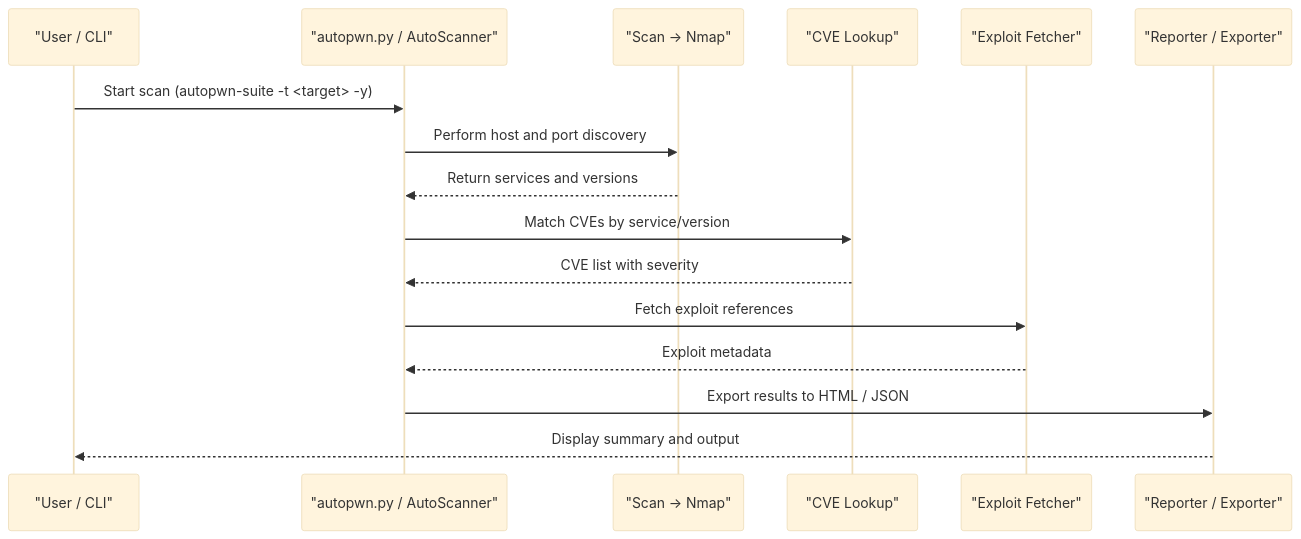
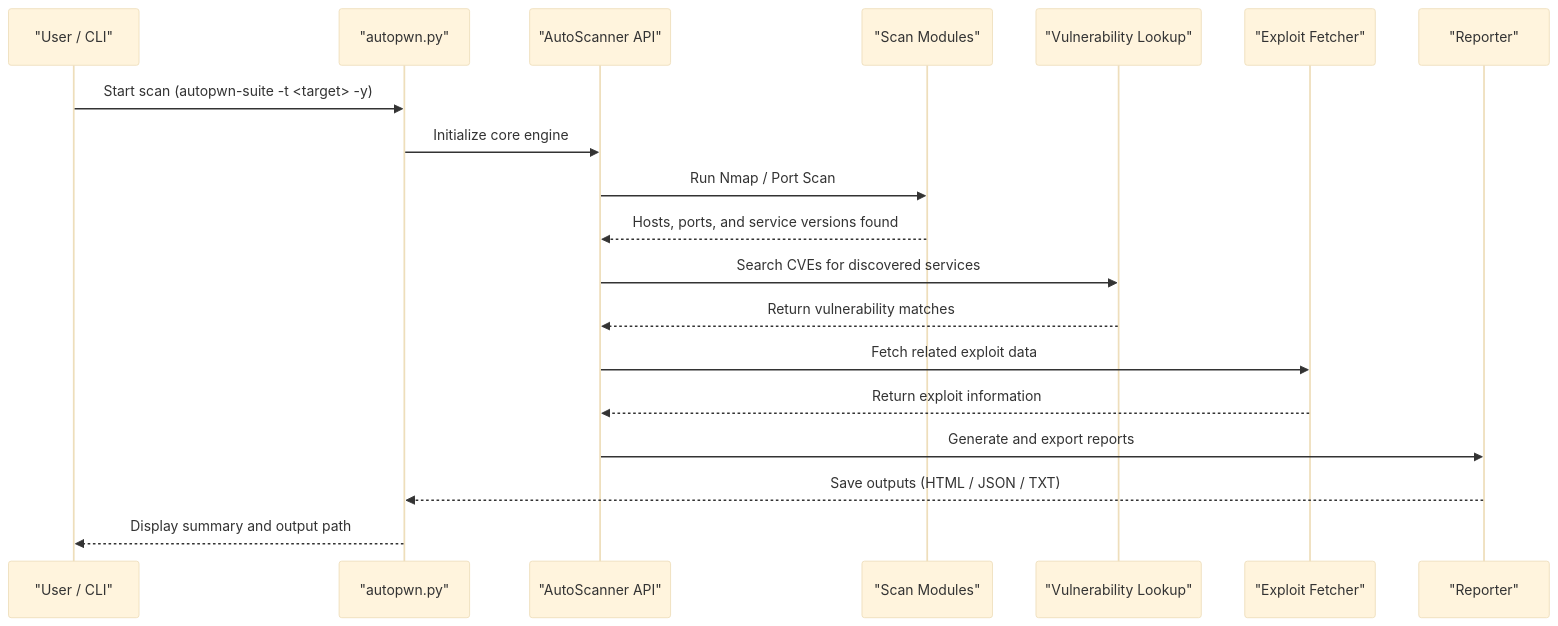
Before and after one commit to GamehunterKaan/kaangultekin.net: the first of 2 diagrams in _pages/projects/autopwn-suite.md, drawn with Mermaid (base theme).

```diff
--- a/_pages/projects/autopwn-suite.md
+++ b/_pages/projects/autopwn-suite.md
@@ -62,19 +62,23 @@
 <div class="mermaid">
 sequenceDiagram
     participant U as "User / CLI"
-    participant Core as "autopwn.py / AutoScanner"
-    participant Scan as "Scan → Nmap"
-    participant Vuln as "CVE Lookup"
-    participant Exploit as "Exploit Fetcher"
-    participant Report as "Reporter / Exporter"
+    participant P as "autopwn.py"
+    participant A as "AutoScanner API"
+    participant S as "Scan Modules"
+    participant V as "Vulnerability Lookup"
+    participant E as "Exploit Fetcher"
+    participant R as "Reporter"
 
-    U->>Core: Start scan (autopwn-suite -t <target> -y)
-    Core->>Scan: Perform host and port discovery
-    Scan-->>Core: Return services and versions
-    Core->>Vuln: Match CVEs by service/version
-    Vuln-->>Core: CVE list with severity
-    Core->>Exploit: Fetch exploit references
-    Exploit-->>Core: Exploit metadata
-    Core->>Report: Export results to HTML / JSON
-    Report-->>U: Display summary and output
+    %% --- Flow of execution ---
+    U->>P: Start scan (autopwn-suite -t <target> -y)
+    P->>A: Initialize core engine
+    A->>S: Run Nmap / Port Scan
+    S-->>A: Hosts, ports, and service versions found
+    A->>V: Search CVEs for discovered services
+    V-->>A: Return vulnerability matches
+    A->>E: Fetch related exploit data
+    E-->>A: Return exploit information
+    A->>R: Generate and export reports
+    R-->>P: Save outputs (HTML / JSON / TXT)
+    P-->>U: Display summary and output path
 </div>
```
